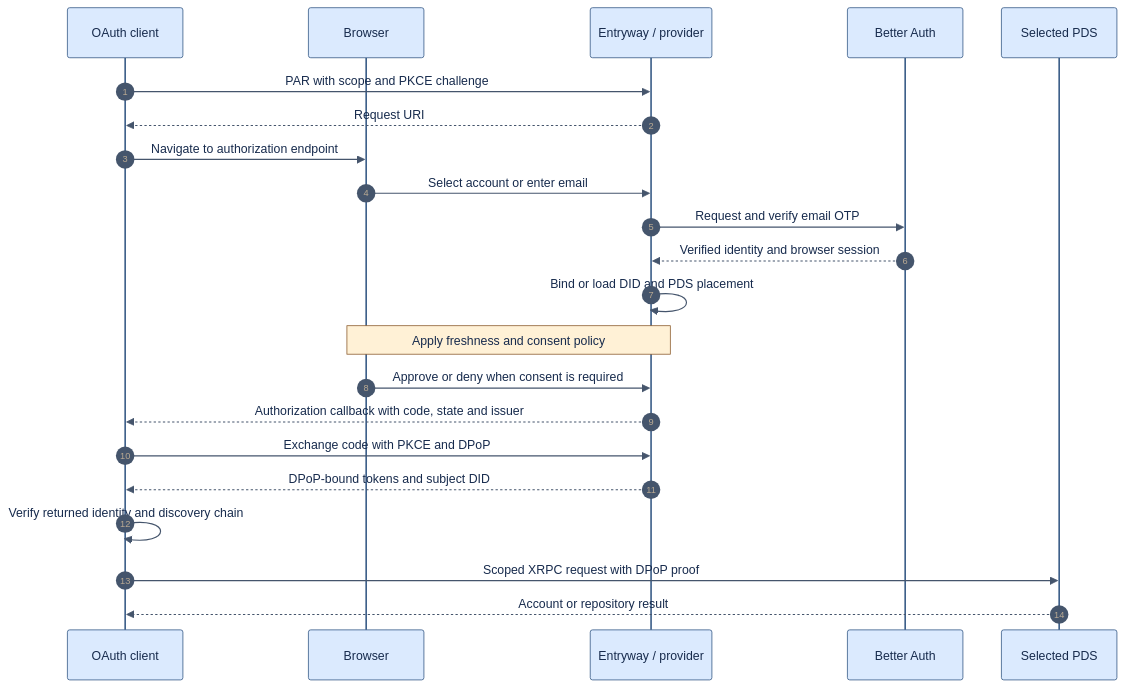
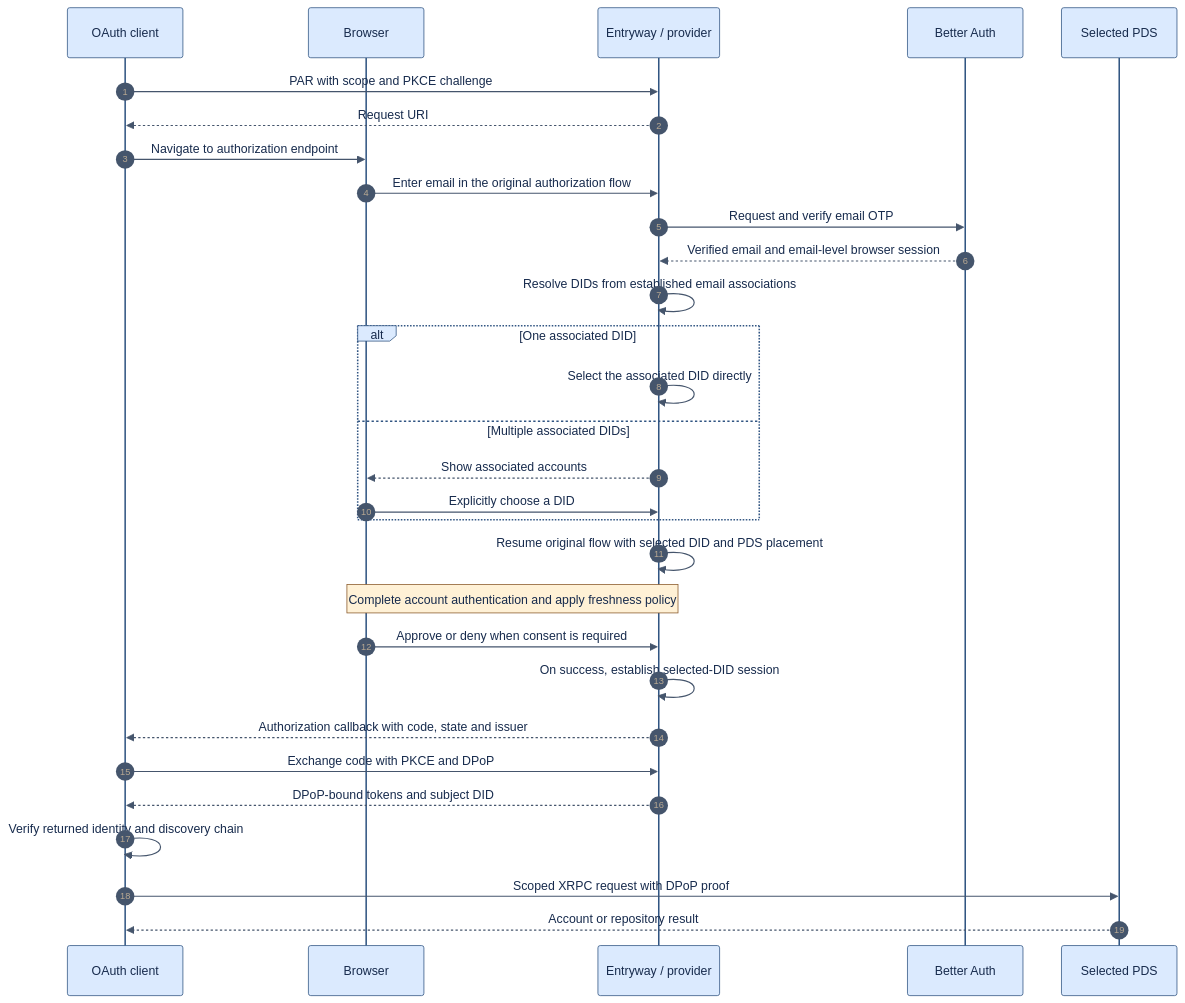
Before and after one commit to hypercerts-org/hypercerts-entryway: the second of 3 diagrams in docs/architecture.md, drawn with Mermaid. The commit also changed other lines of this file and 3 other files, not shown here.

Commit message:
Document verified email access to multiple associated DIDs

````diff
--- a/docs/architecture.md
+++ b/docs/architecture.md
@@ -163,25 +168,33 @@
 ```mermaid
 %%{init: {"theme":"base","themeVariables":{"primaryTextColor":"#172B4D","lineColor":"#45556C","actorBkg":"#DBEAFE","actorBorder":"#315582","actorTextColor":"#172B4D","signalColor":"#45556C","signalTextColor":"#172B4D","noteBkgColor":"#FFF1D6","noteTextColor":"#172B4D","noteBorderColor":"#8A5A2B","activationBkgColor":"#EDE9FE","activationBorderColor":"#65538A","fontFamily":"Arial"}}}%%
 sequenceDiagram
   autonumber
   participant C as OAuth client
   participant B as Browser
   participant E as Entryway / provider
   participant A as Better Auth
   participant P as Selected PDS
   C->>E: PAR with scope and PKCE challenge
   E-->>C: Request URI
   C->>B: Navigate to authorization endpoint
-  B->>E: Select account or enter email
+  B->>E: Enter email in the original authorization flow
   E->>A: Request and verify email OTP
-  A-->>E: Verified identity and browser session
-  E->>E: Bind or load DID and PDS placement
-  Note over B,E: Apply freshness and consent policy
+  A-->>E: Verified email and email-level browser session
+  E->>E: Resolve DIDs from established email associations
+  alt One associated DID
+    E->>E: Select the associated DID directly
+  else Multiple associated DIDs
+    E-->>B: Show associated accounts
+    B->>E: Explicitly choose a DID
+  end
+  E->>E: Resume original flow with selected DID and PDS placement
+  Note over B,E: Complete account authentication and apply freshness policy
   B->>E: Approve or deny when consent is required
+  E->>E: On success, establish selected-DID session
   E-->>C: Authorization callback with code, state and issuer
   C->>E: Exchange code with PKCE and DPoP
   E-->>C: DPoP-bound tokens and subject DID
   C->>C: Verify returned identity and discovery chain
   C->>P: Scoped XRPC request with DPoP proof
   P-->>C: Account or repository result
 ```
````
